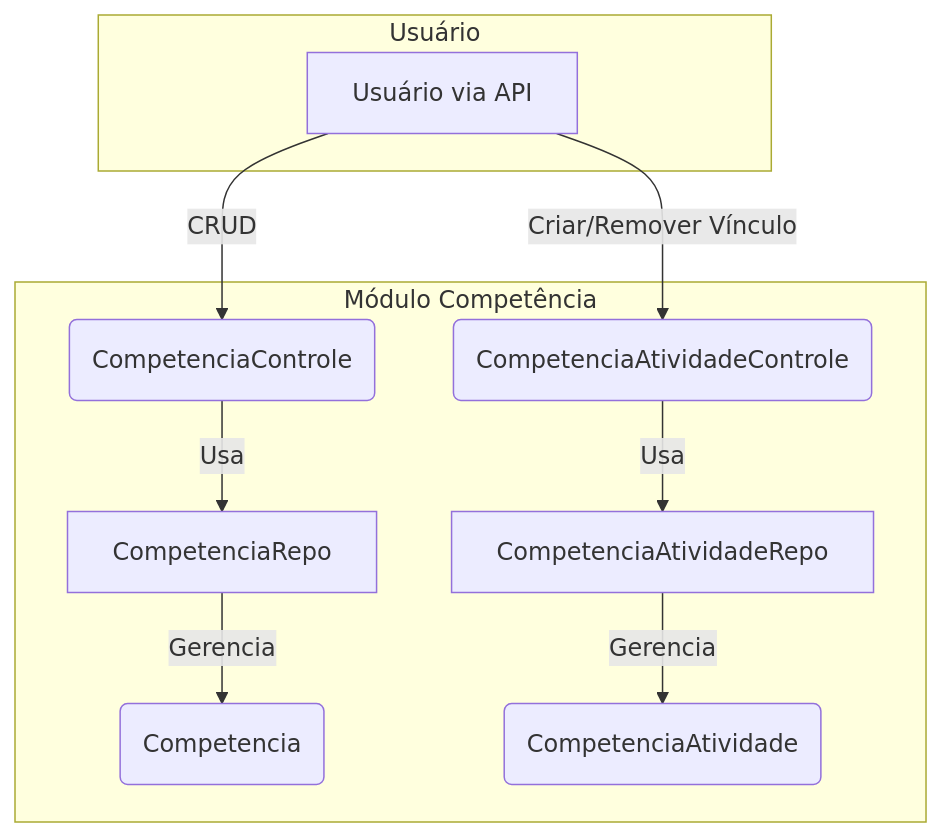
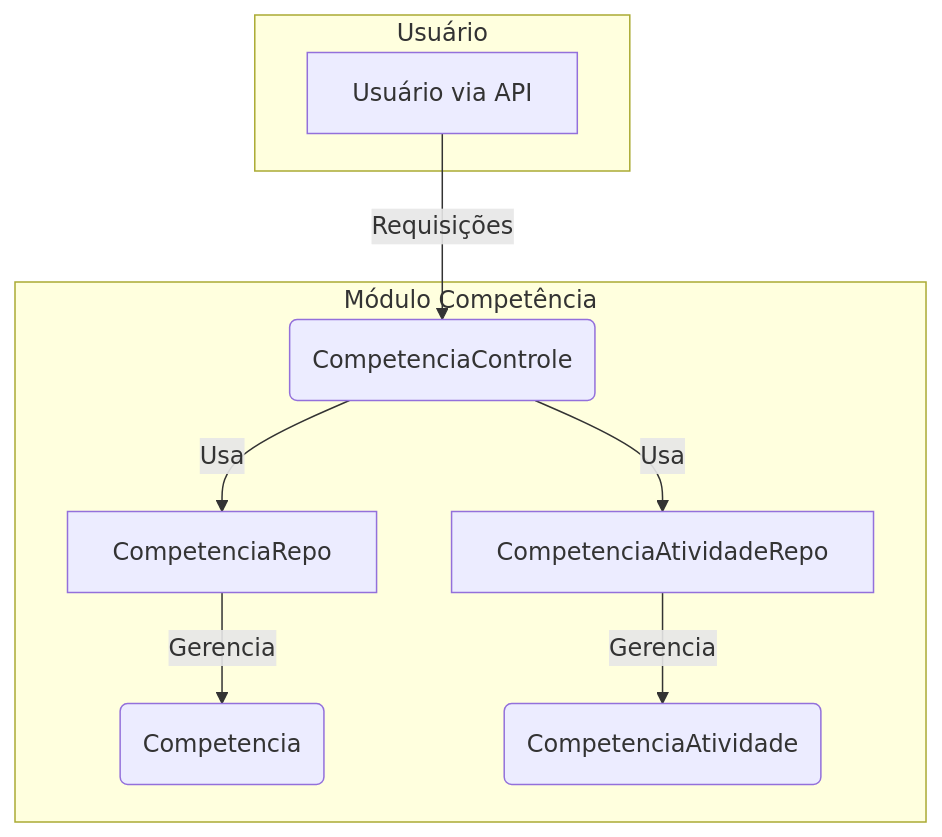
The diagram in backend/src/main/java/sgc/competencia/README.md (lgalvao/sgc), drawn with Mermaid before and after one commit. The commit also changed other lines of this file and 9 other files, not shown here.

````diff
--- a/backend/src/main/java/sgc/competencia/README.md
+++ b/backend/src/main/java/sgc/competencia/README.md
@@ -57,25 +36,22 @@
 ```mermaid
 graph TD
     subgraph "Usuário"
         U[Usuário via API]
     end
 
     subgraph "Módulo Competência"
         CC(CompetenciaControle)
-        CAC(CompetenciaAtividadeControle)
 
         CR[CompetenciaRepo]
         CAR[CompetenciaAtividadeRepo]
 
         C_E(Competencia)
         CA_E(CompetenciaAtividade)
     end
 
-    U -- CRUD --> CC
+    U -- Requisições --> CC
     CC -- Usa --> CR
+    CC -- Usa --> CAR
     CR -- Gerencia --> C_E
-
-    U -- Criar/Remover Vínculo --> CAC
-    CAC -- Usa --> CAR
     CAR -- Gerencia --> CA_E
 ```
````
